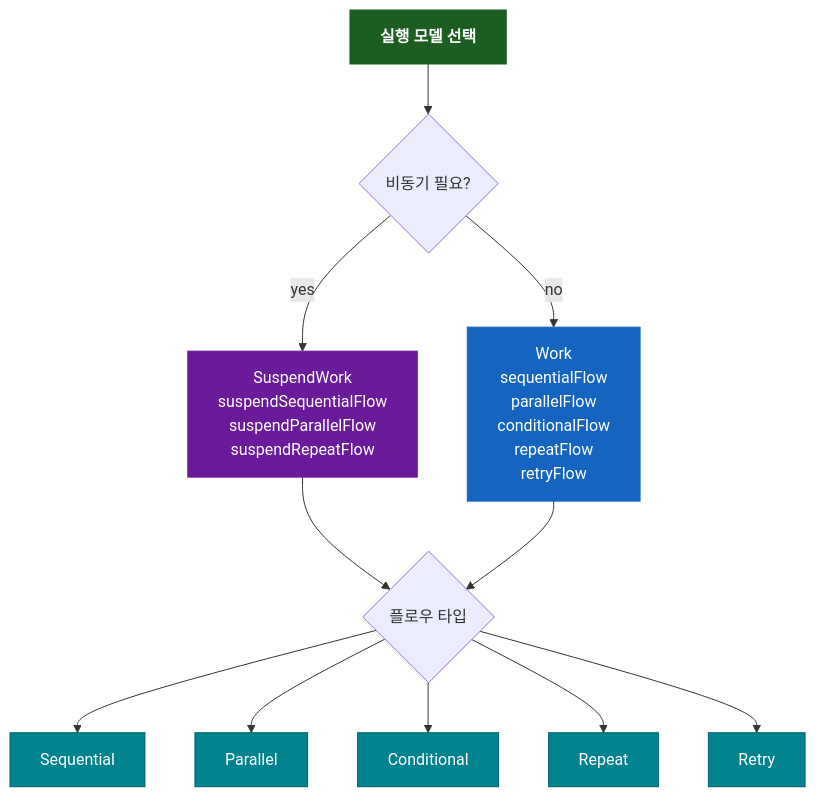
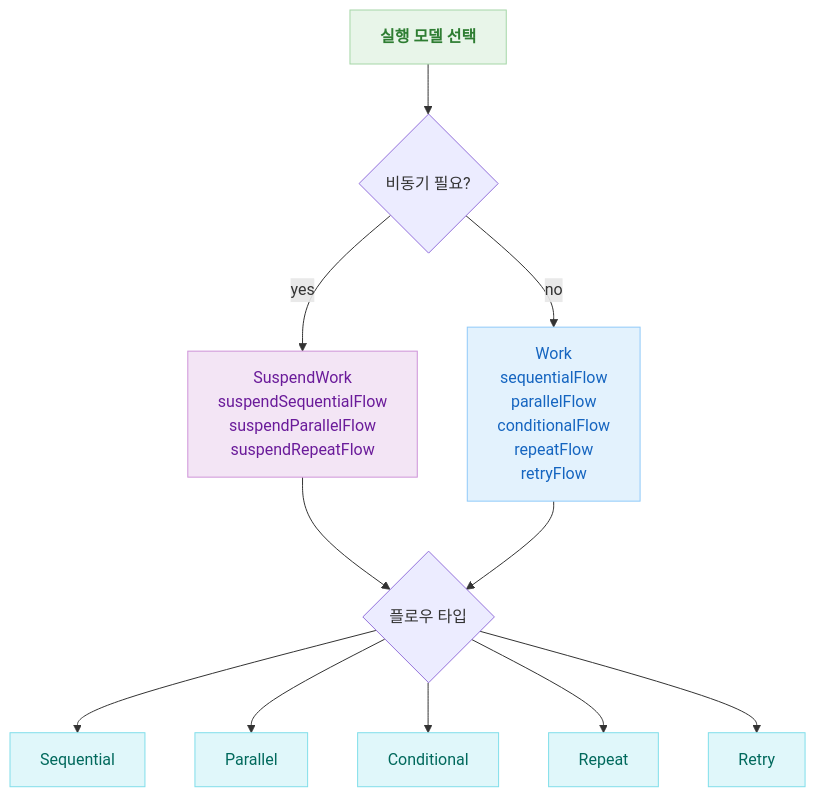
Before and after one commit to bluetape4k/bluetape4k-projects: the third of 8 diagrams in utils/workflow/README.ko.md, drawn with Mermaid. The commit also changed other lines of this file and 219 other files, not shown here.

First line of the commit message:
docs: 전체 README Mermaid 다이어그램 가이드 적용

````diff
--- a/utils/workflow/README.ko.md
+++ b/utils/workflow/README.ko.md
@@ -68,24 +68,24 @@
 ```mermaid
 flowchart TD
     A[실행 모델 선택] --> B{비동기 필요?}
     B -->|yes| C["SuspendWork\nsuspendSequentialFlow\nsuspendParallelFlow\nsuspendRepeatFlow"]
     B -->|no| D["Work\nsequentialFlow\nparallelFlow\nconditionalFlow\nrepeatFlow\nretryFlow"]
 
     C --> E{플로우 타입}
     D --> E
     E --> F[Sequential]
     E --> G[Parallel]
     E --> H[Conditional]
     E --> I[Repeat]
     E --> J[Retry]
 
-    classDef coreStyle fill:#1B5E20,stroke:#1B5E20,color:#FFFFFF,font-weight:bold
-    classDef serviceStyle fill:#1565C0,stroke:#1565C0,color:#FFFFFF
-    classDef asyncStyle fill:#6A1B9A,stroke:#6A1B9A,color:#FFFFFF
-    classDef dslStyle fill:#00838F,stroke:#006064,color:#FFFFFF
+    classDef coreStyle fill:#E8F5E9,stroke:#A5D6A7,color:#2E7D32,font-weight:bold
+    classDef serviceStyle fill:#E3F2FD,stroke:#90CAF9,color:#1565C0
+    classDef asyncStyle fill:#F3E5F5,stroke:#CE93D8,color:#6A1B9A
+    classDef dslStyle fill:#E0F7FA,stroke:#80DEEA,color:#00695C
 
     class A coreStyle
     class C asyncStyle
     class D serviceStyle
     class F,G,H,I,J dslStyle
 ```
````
